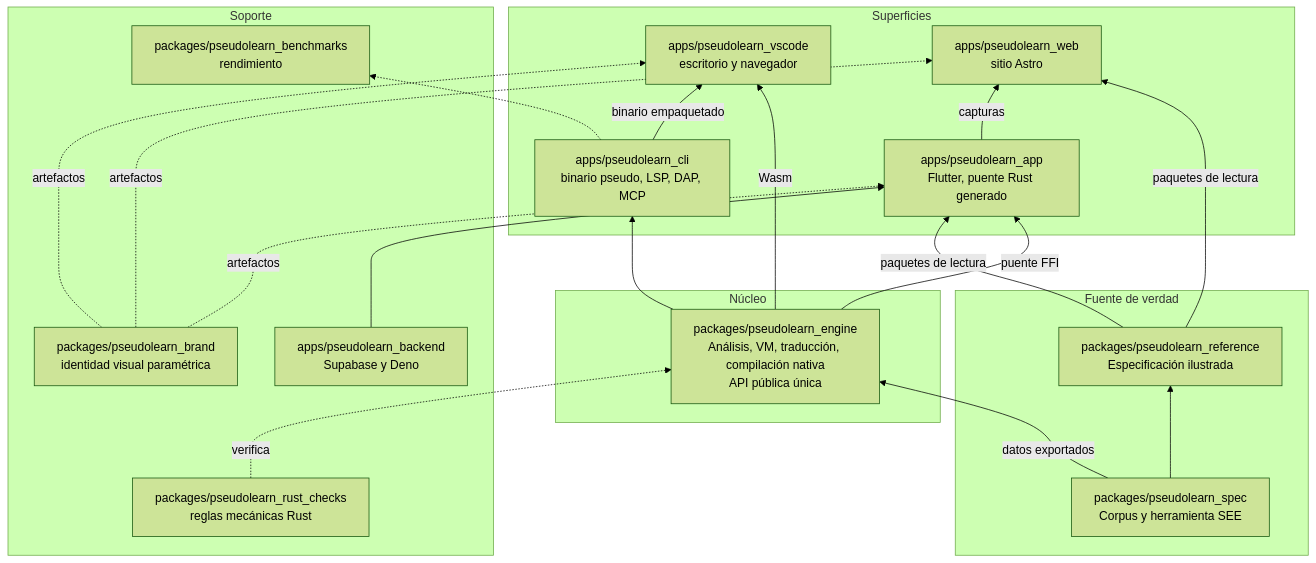
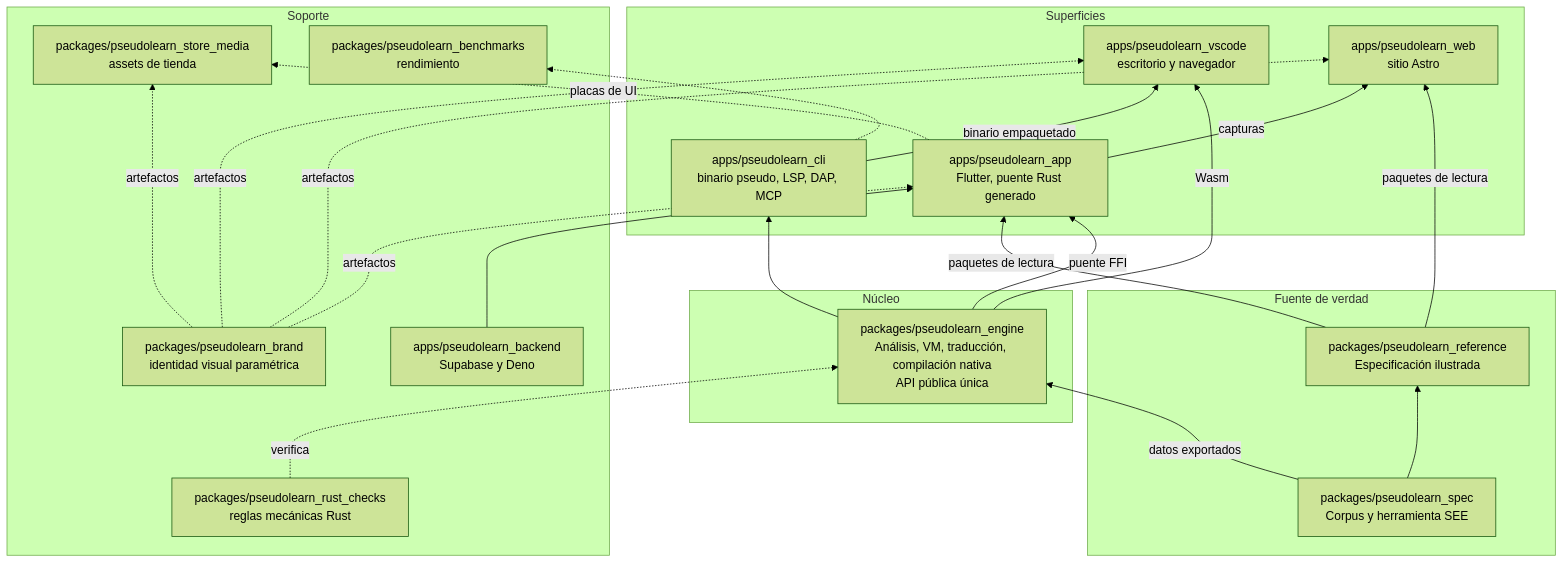
Before and after one commit to cgutieco/pseudolearn: the first of 2 diagrams in README.md, drawn with Mermaid (forest theme). The commit also changed other lines of this file and 96 other files, not shown here.

First line of the commit message:
feat(store-media): add the deterministic store asset engine

````diff
--- a/README.md
+++ b/README.md
@@ -57,41 +57,44 @@
 ```mermaid
 flowchart BT
     subgraph FUENTE["Fuente de verdad"]
         SPEC["packages/pseudolearn_spec<br/>Corpus y herramienta SEE"]
         REF["packages/pseudolearn_reference<br/>Especificación ilustrada"]
     end
 
     subgraph NUCLEO["Núcleo"]
         ENG["packages/pseudolearn_engine<br/>Análisis, VM, traducción, compilación nativa<br/>API pública única"]
     end
 
     subgraph SUPERFICIES["Superficies"]
         CLI["apps/pseudolearn_cli<br/>binario pseudo, LSP, DAP, MCP"]
         APP["apps/pseudolearn_app<br/>Flutter, puente Rust generado"]
         VSC["apps/pseudolearn_vscode<br/>escritorio y navegador"]
         WEB["apps/pseudolearn_web<br/>sitio Astro"]
     end
 
     subgraph SOPORTE["Soporte"]
         BACK["apps/pseudolearn_backend<br/>Supabase y Deno"]
         BRAND["packages/pseudolearn_brand<br/>identidad visual paramétrica"]
+        MEDIA["packages/pseudolearn_store_media<br/>assets de tienda"]
         BENCH["packages/pseudolearn_benchmarks<br/>rendimiento"]
         CHK["packages/pseudolearn_rust_checks<br/>reglas mecánicas Rust"]
     end
 
     SPEC -->|datos exportados| ENG
     SPEC --> REF
     CHK -.->|verifica| ENG
     ENG --> CLI
     ENG -->|puente FFI| APP
     ENG -->|Wasm| VSC
     CLI -->|binario empaquetado| VSC
     REF -->|paquetes de lectura| APP
     REF -->|paquetes de lectura| WEB
     BACK --> APP
     BRAND -.->|artefactos| APP
     BRAND -.->|artefactos| WEB
     BRAND -.->|artefactos| VSC
+    BRAND -.->|artefactos| MEDIA
+    APP -.->|placas de UI| MEDIA
     CLI -.-> BENCH
     APP -->|capturas| WEB
 ```
````
